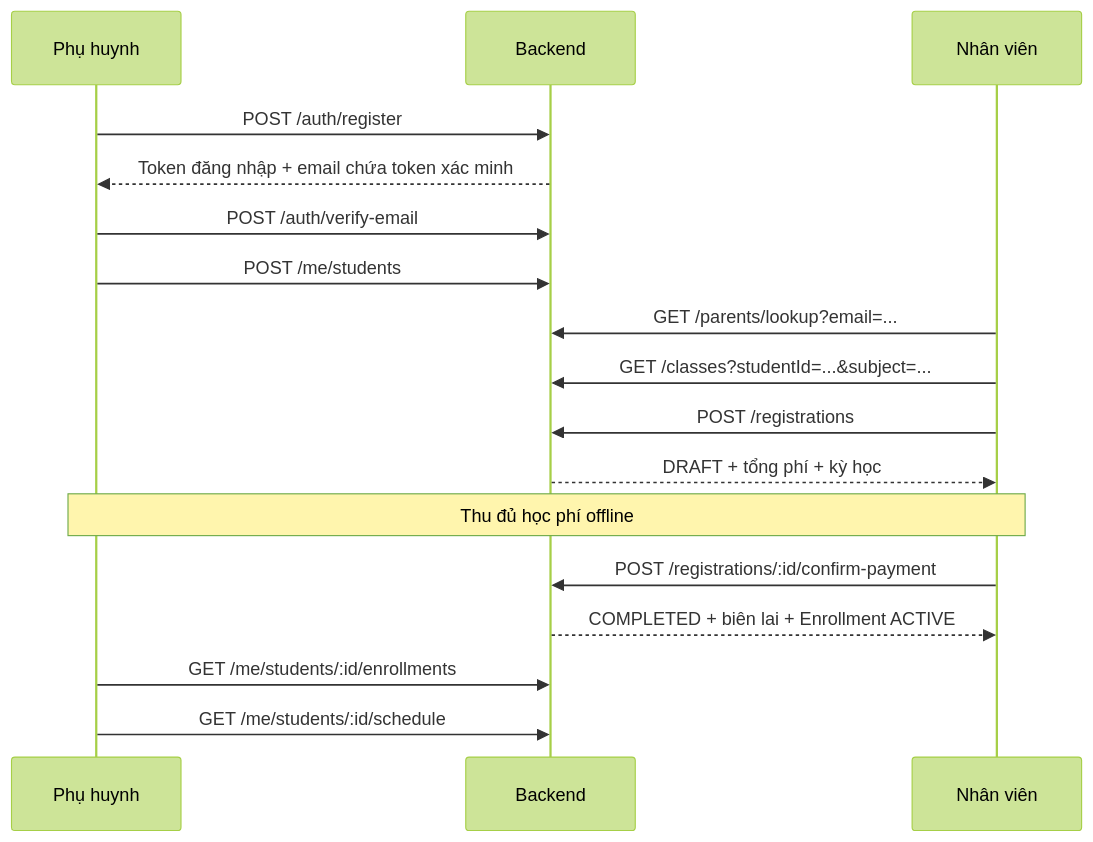
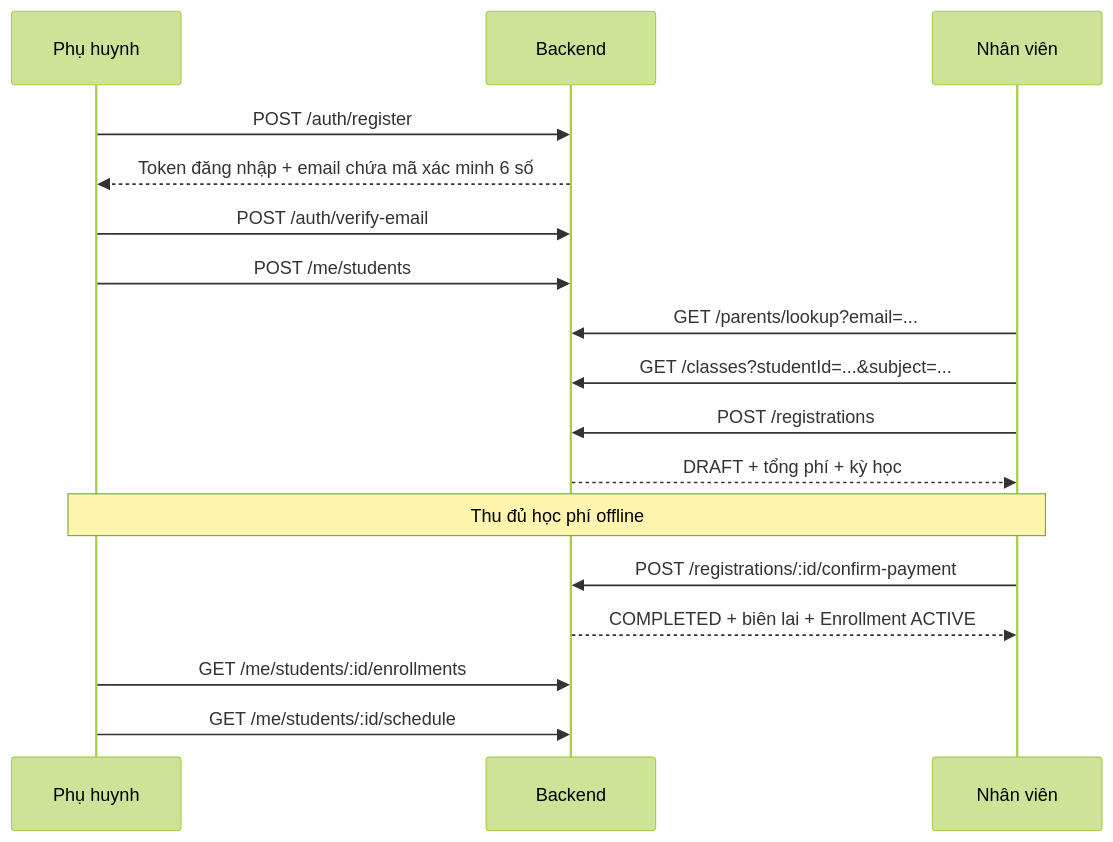
One commit to WDP301-SE1921/WDP301-BE-System changed the diagram in PARENT_REGISTRATION_API_GUIDE.md. Above: the diagram before and after it, drawn with Mermaid (forest theme). The commit also changed other lines of this file and 42 other files, not shown here.

````diff
--- a/PARENT_REGISTRATION_API_GUIDE.md
+++ b/PARENT_REGISTRATION_API_GUIDE.md
@@ -7,19 +7,19 @@
 ```mermaid
 sequenceDiagram
     participant PH as Phụ huynh
     participant API as Backend
     participant NV as Nhân viên
     PH->>API: POST /auth/register
-    API-->>PH: Token đăng nhập + email chứa token xác minh
+    API-->>PH: Token đăng nhập + email chứa mã xác minh 6 số
     PH->>API: POST /auth/verify-email
     PH->>API: POST /me/students
     NV->>API: GET /parents/lookup?email=...
     NV->>API: GET /classes?studentId=...&subject=...
     NV->>API: POST /registrations
     API-->>NV: DRAFT + tổng phí + kỳ học
     Note over PH,NV: Thu đủ học phí offline
     NV->>API: POST /registrations/:id/confirm-payment
     API-->>NV: COMPLETED + biên lai + Enrollment ACTIVE
     PH->>API: GET /me/students/:id/enrollments
     PH->>API: GET /me/students/:id/schedule
 ```
````
